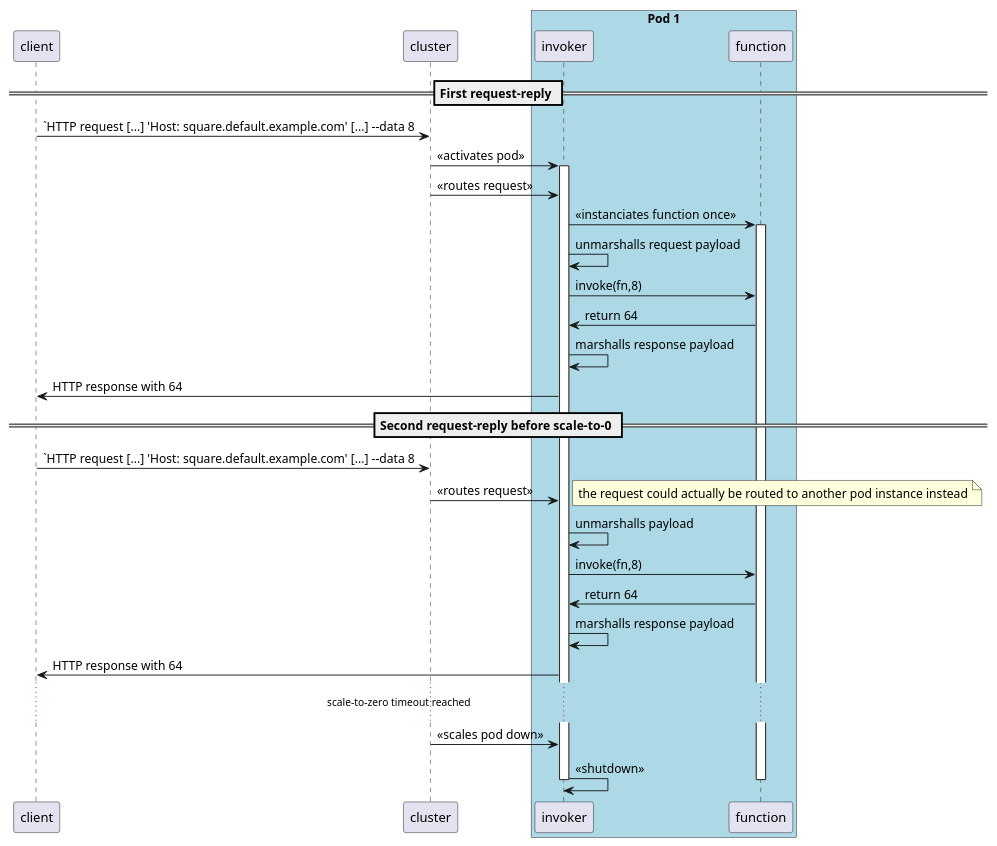
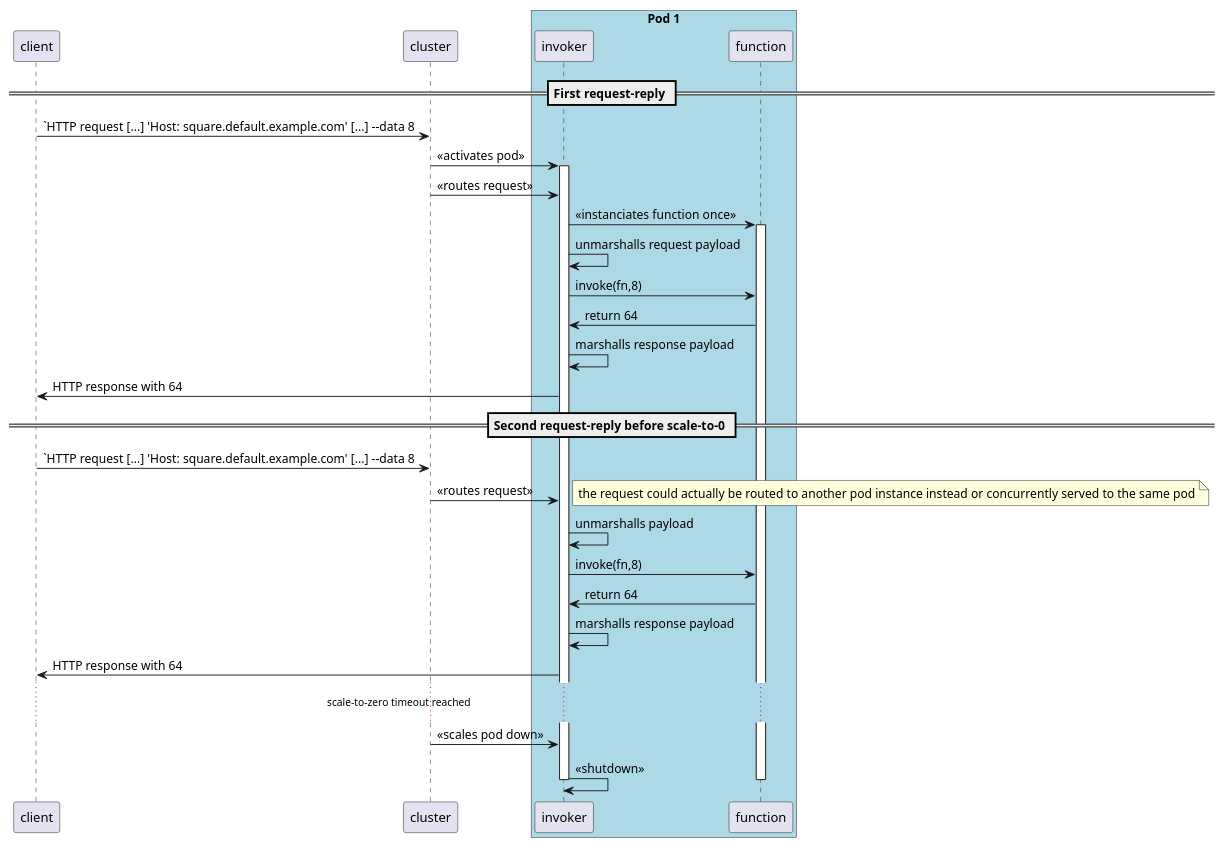
Before and after one commit to fbiville/riff-docs: the diagram in streaming.adoc, drawn with PlantUML.

Commit message:
Add note about concurrency

```diff
--- a/streaming.adoc
+++ b/streaming.adoc
@@ -6,36 +6,36 @@
 [plantuml, format="png"]
 ----
 participant client
 participant cluster
 box "Pod 1" #LightBlue
 	participant invoker
 	participant function
 end box
 
 == First request-reply ==
 client -> cluster : `HTTP request [...] 'Host: square.default.example.com' [...] --data 8
 cluster -> invoker : << activates pod >>
 activate invoker
 cluster -> invoker : << routes request >>
 invoker -> function : << instanciates function once >>
 activate function
 invoker -> invoker : unmarshalls request payload
 invoker -> function : invoke(fn,8)
 function -> invoker : return 64
 invoker -> invoker : marshalls response payload
 invoker -> client : HTTP response with 64
 == Second request-reply before scale-to-0 ==
 client -> cluster : `HTTP request [...] 'Host: square.default.example.com' [...] --data 8
 cluster -> invoker : << routes request >>
-note right: the request could actually be routed to another pod instance instead
+note right: the request could actually be routed to another pod instance instead or concurrently served to the same pod 
 invoker -> invoker : unmarshalls payload
 invoker -> function : invoke(fn,8)
 function -> invoker : return 64
 invoker -> invoker : marshalls response payload
 invoker -> client : HTTP response with 64
 ...scale-to-zero timeout reached...
 cluster -> invoker : <<scales pod down>>
 invoker -> invoker : << shutdown >>
 deactivate function
 deactivate invoker
 ----
```
